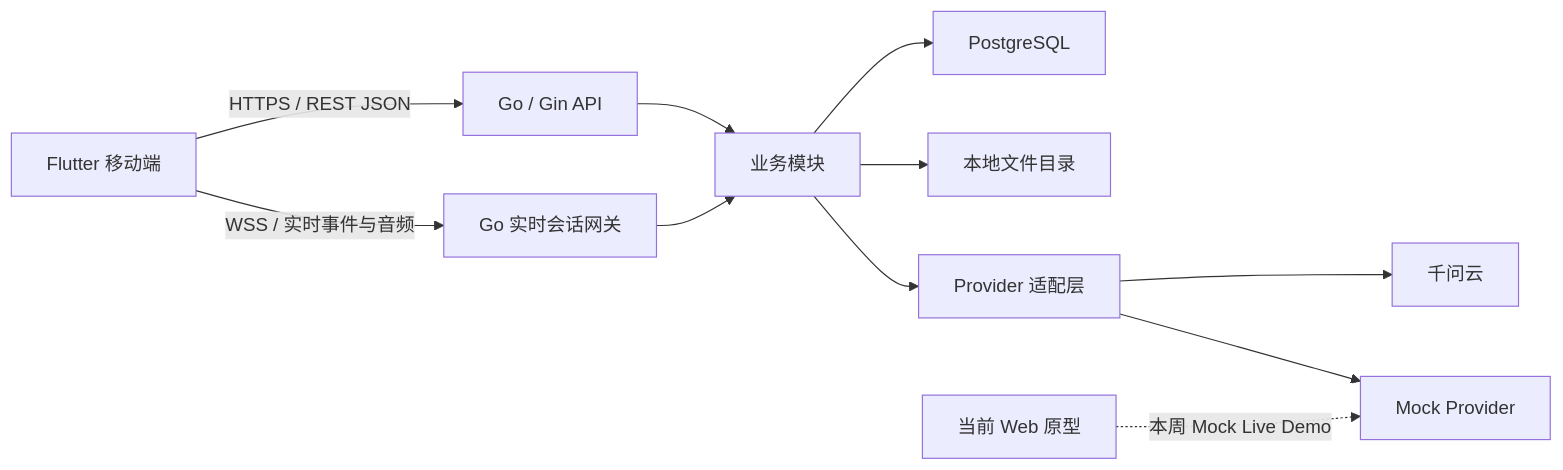
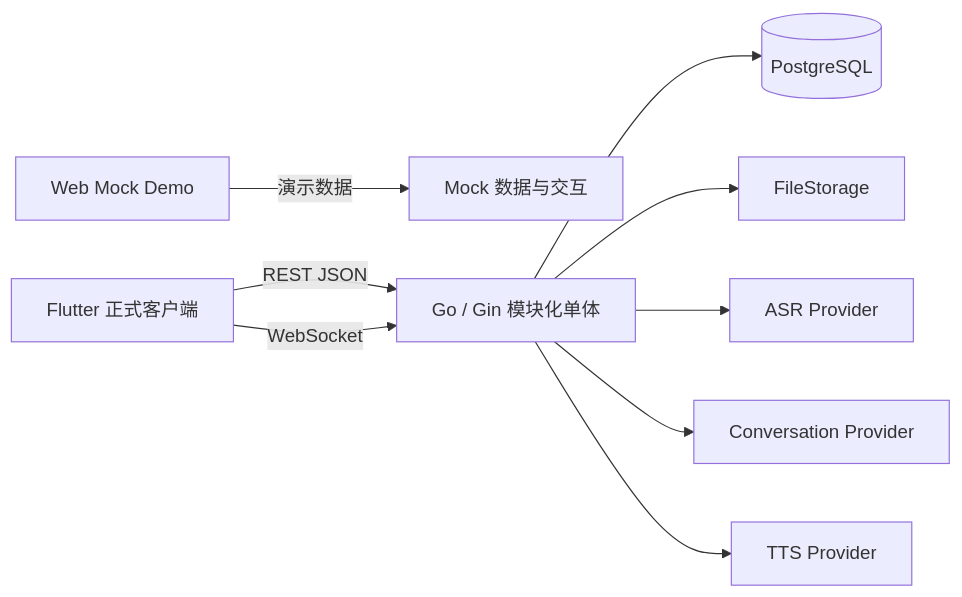
Before and after one commit to Lq0412/ai-en-coach: the first of 5 diagrams in docs/superpowers/specs/2026-07-14-ms1-system-architecture-design.md, drawn with Mermaid. The commit also changed other lines of this file and 2 other files, not shown here.

````diff
--- a/docs/superpowers/specs/2026-07-14-ms1-system-architecture-design.md
+++ b/docs/superpowers/specs/2026-07-14-ms1-system-architecture-design.md
@@ -115,15 +49,11 @@
 ```mermaid
 flowchart LR
-  Flutter["Flutter 移动端"] -->|"HTTPS / REST JSON"| API["Go / Gin API"]
-  Flutter -->|"WSS / 实时事件与音频"| Realtime["Go 实时会话网关"]
-
-  API --> Core["业务模块"]
-  Realtime --> Core
-  Core --> DB["PostgreSQL"]
-  Core --> Files["本地文件目录"]
-  Core --> Providers["Provider 适配层"]
-  Providers --> Qianwen["千问云"]
-  Providers --> Mock["Mock Provider"]
-
-  Web["当前 Web 原型"] -.->|"本周 Mock Live Demo"| Mock
+  Web[Web Mock Demo] -->|演示数据| Mock[Mock 数据与交互]
+  Flutter[Flutter 正式客户端] -->|REST JSON| API[Go / Gin 模块化单体]
+  Flutter -->|WebSocket| API
+  API --> DB[(PostgreSQL)]
+  API --> Files[FileStorage]
+  API --> ASR[ASR Provider]
+  API --> LLM[Conversation Provider]
+  API --> TTS[TTS Provider]
 ```
````
